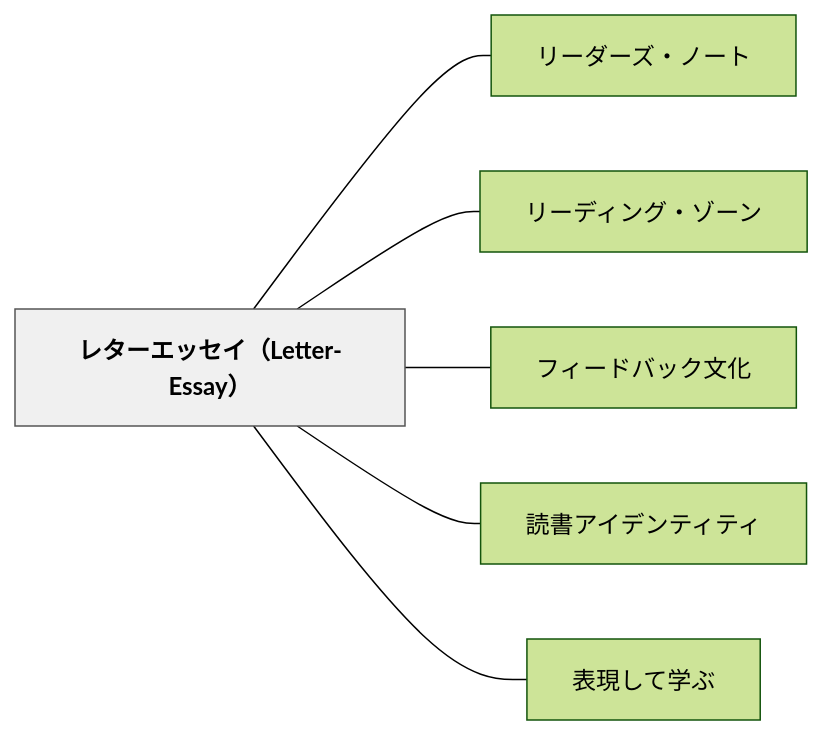
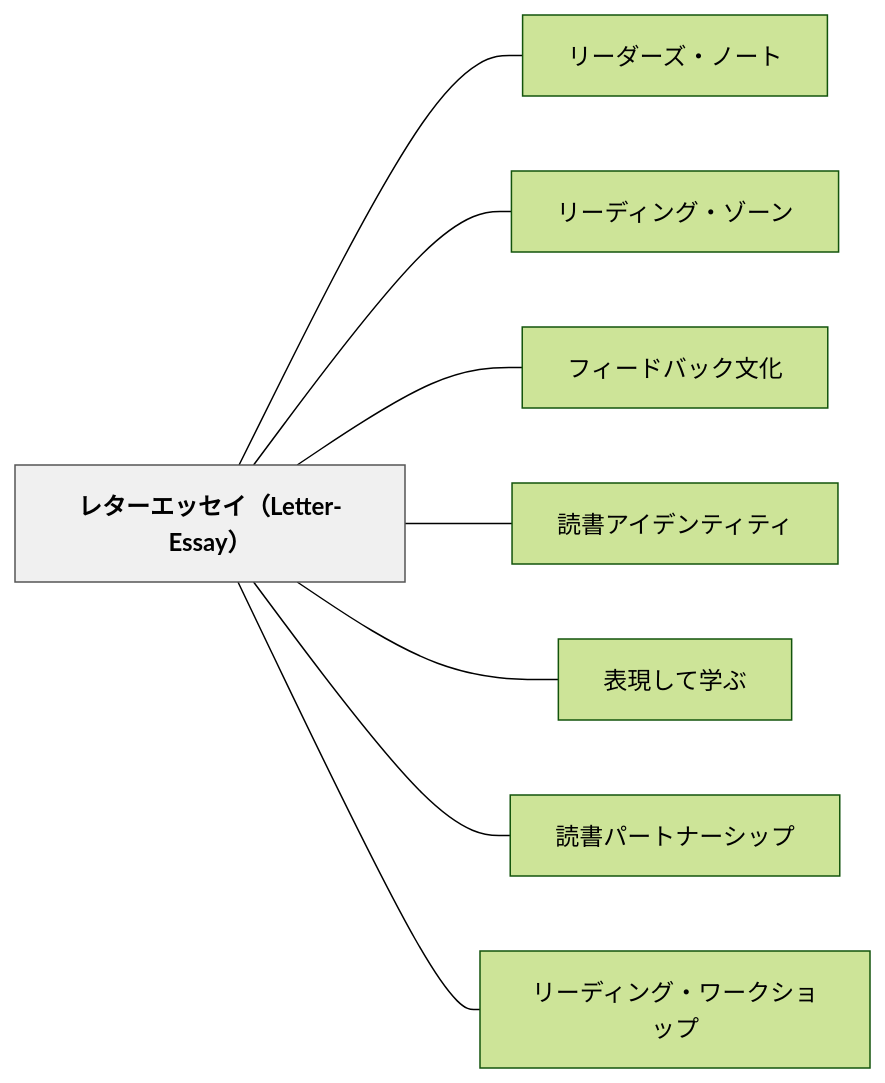
One commit to unknownthings-ed-patterns/unknownthings-ed-patterns changed the diagram in content/パタン/レターエッセイ（Letter-Essay）.md. Above: the diagram before and after it, drawn with Mermaid (forest theme). The commit also changed 158 other files, not shown here.

````diff
--- a/content/パタン/レターエッセイ（Letter-Essay）.md
+++ b/content/パタン/レターエッセイ（Letter-Essay）.md
@@ -136,18 +136,22 @@
 ```mermaid
 flowchart LR
     ne383ace382bfe383bce382a8e38383e382bbe382a4efbc884c65747465722d4573736179efbc89["レターエッセイ（Letter-Essay）"]
     ne383aae383bce38380e383bce382bae383bbe3838ee383bce38388["リーダーズ・ノート"]
     ne383aae383bce38387e382a3e383b3e382b0e383bbe382bee383bce383b3["リーディング・ゾーン"]
     ne38395e382a3e383bce38389e38390e38383e382afe69687e58c96["フィードバック文化"]
     ne8aaade69bb8e382a2e382a4e38387e383b3e38386e382a3e38386e382a3["読書アイデンティティ"]
     ne8a1a8e78fbee38197e381a6e5ada6e381b6["表現して学ぶ"]
+    ne8aaade69bb8e38391e383bce38388e3838ae383bce382b7e38383e38397["読書パートナーシップ"]
+    ne383aae383bce38387e382a3e383b3e382b0e383bbe383afe383bce382afe382b7e383a7e38383e38397["リーディング・ワークショップ"]
 
     ne383ace382bfe383bce382a8e38383e382bbe382a4efbc884c65747465722d4573736179efbc89 --- ne383aae383bce38380e383bce382bae383bbe3838ee383bce38388
     ne383ace382bfe383bce382a8e38383e382bbe382a4efbc884c65747465722d4573736179efbc89 --- ne383aae383bce38387e382a3e383b3e382b0e383bbe382bee383bce383b3
     ne383ace382bfe383bce382a8e38383e382bbe382a4efbc884c65747465722d4573736179efbc89 --- ne38395e382a3e383bce38389e38390e38383e382afe69687e58c96
     ne383ace382bfe383bce382a8e38383e382bbe382a4efbc884c65747465722d4573736179efbc89 --- ne8aaade69bb8e382a2e382a4e38387e383b3e38386e382a3e38386e382a3
     ne383ace382bfe383bce382a8e38383e382bbe382a4efbc884c65747465722d4573736179efbc89 --- ne8a1a8e78fbee38197e381a6e5ada6e381b6
+    ne383ace382bfe383bce382a8e38383e382bbe382a4efbc884c65747465722d4573736179efbc89 --- ne8aaade69bb8e38391e383bce38388e3838ae383bce382b7e38383e38397
+    ne383ace382bfe383bce382a8e38383e382bbe382a4efbc884c65747465722d4573736179efbc89 --- ne383aae383bce38387e382a3e383b3e382b0e383bbe383afe383bce382afe382b7e383a7e38383e38397
 
     classDef hub fill:#f0f0f0,stroke:#555,color:#000,font-weight:bold
     class ne383ace382bfe383bce382a8e38383e382bbe382a4efbc884c65747465722d4573736179efbc89 hub
 ```
````
